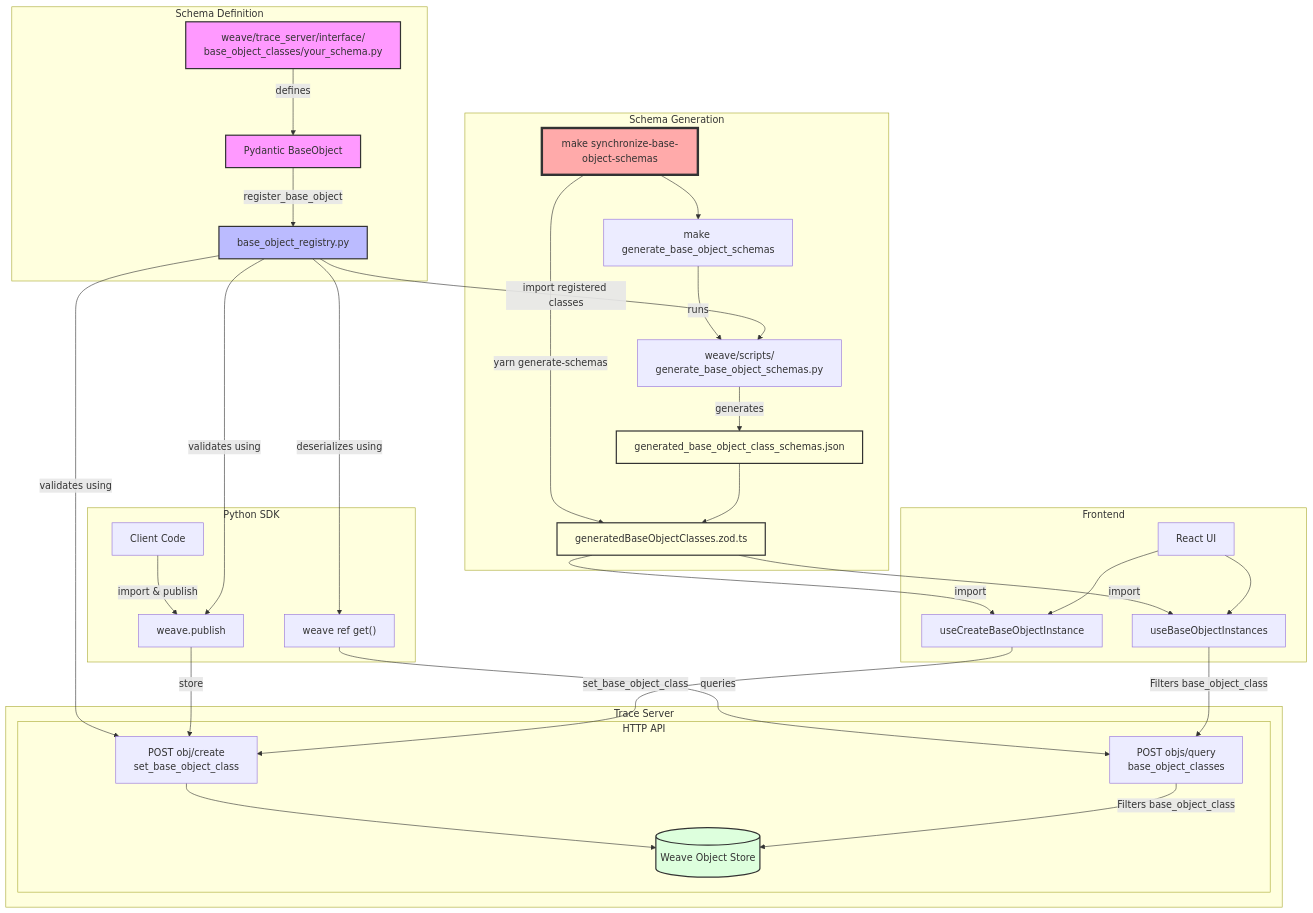
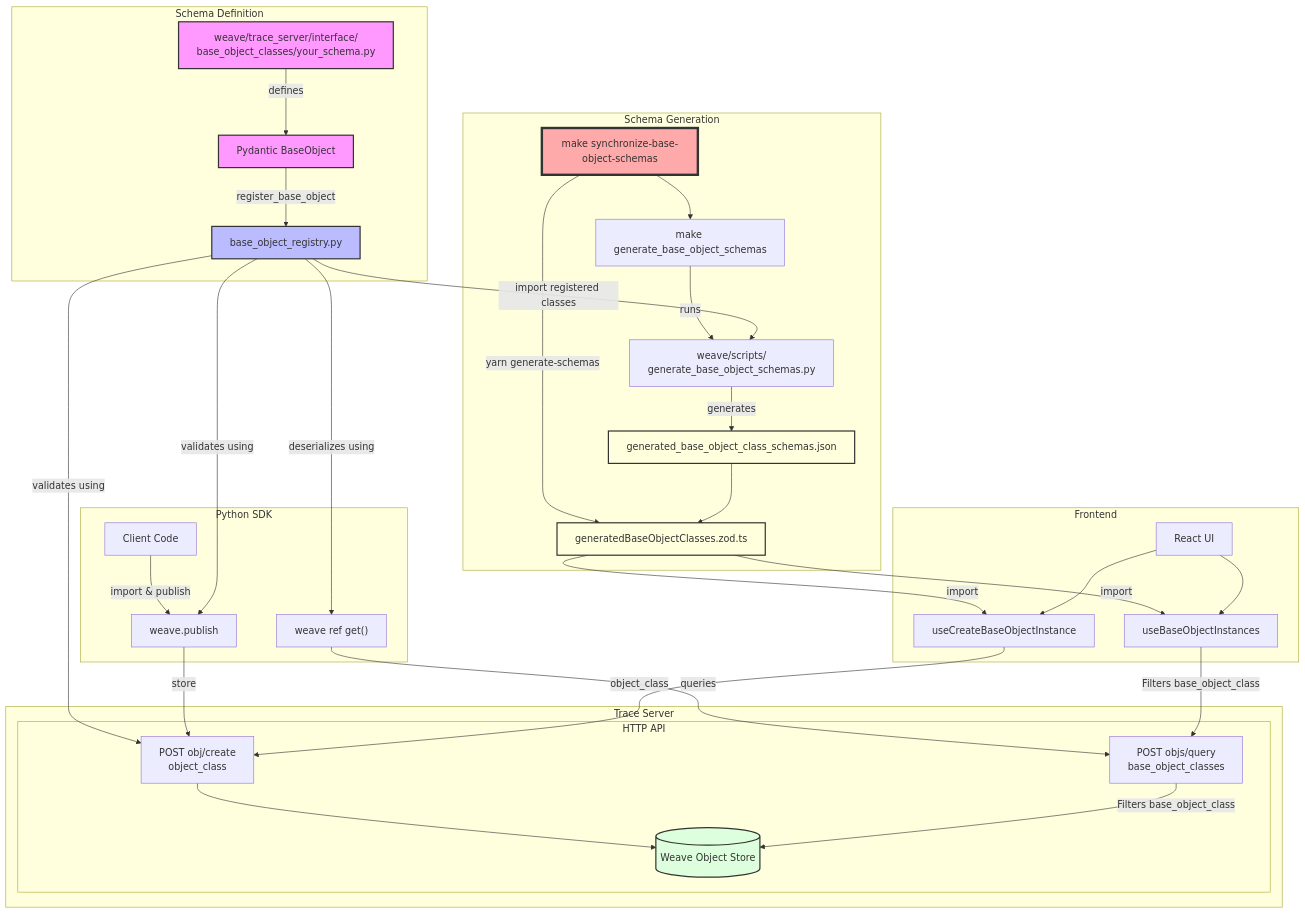
One commit to wandb/weave changed the diagram in dev_docs/BaseObjectClasses.md. Above: the diagram before and after it, drawn with Mermaid. The commit also changed other lines of this file and 8 other files, not shown here.

````diff
--- a/dev_docs/BaseObjectClasses.md
+++ b/dev_docs/BaseObjectClasses.md
@@ -170,49 +170,49 @@
 ```mermaid
 graph TD
     subgraph Schema Definition
         F["weave/trace_server/interface/<br>base_object_classes/your_schema.py"] --> |defines| P[Pydantic BaseObject]
         P --> |register_base_object| R["base_object_registry.py"]
     end
 
     subgraph Schema Generation
         M["make synchronize-base-object-schemas"] --> G["make generate_base_object_schemas"]
         G --> |runs| S["weave/scripts/<br>generate_base_object_schemas.py"]
         R --> |import registered classes| S
         S --> |generates| J["generated_base_object_class_schemas.json"]
         M --> |yarn generate-schemas| Z["generatedBaseObjectClasses.zod.ts"]
         J --> Z
     end
 
     subgraph "Trace Server"
         subgraph "HTTP API"
-            R --> |validates using| HW["POST obj/create<br>set_base_object_class"]
+            R --> |validates using| HW["POST obj/create<br>object_class"]
             HW --> DB[(Weave Object Store)]
             HR["POST objs/query<br>base_object_classes"] --> |Filters base_object_class| DB
         end
     end
 
     subgraph "Python SDK"
         PW[Client Code] --> |import & publish| W[weave.publish]
         W --> |store| HW
         R --> |validates using| W
         PR["weave ref get()"] --> |queries| HR
         R --> |deserializes using| PR
     end
 
     subgraph "Frontend"
         Z --> |import| UBI["useBaseObjectInstances"]
         Z --> |import| UCI["useCreateBaseObjectInstance"]
         UBI --> |Filters base_object_class| HR
-        UCI --> |set_base_object_class| HW
+        UCI --> |object_class| HW
         UI[React UI] --> UBI
         UI --> UCI
     end
 
     style F fill:#f9f,stroke:#333,stroke-width:2px
     style P fill:#f9f,stroke:#333,stroke-width:2px
     style R fill:#bbf,stroke:#333,stroke-width:2px
     style DB fill:#dfd,stroke:#333,stroke-width:2px
     style J fill:#ffd,stroke:#333,stroke-width:2px
     style Z fill:#ffd,stroke:#333,stroke-width:2px
     style M fill:#faa,stroke:#333,stroke-width:4px
 ```
````
